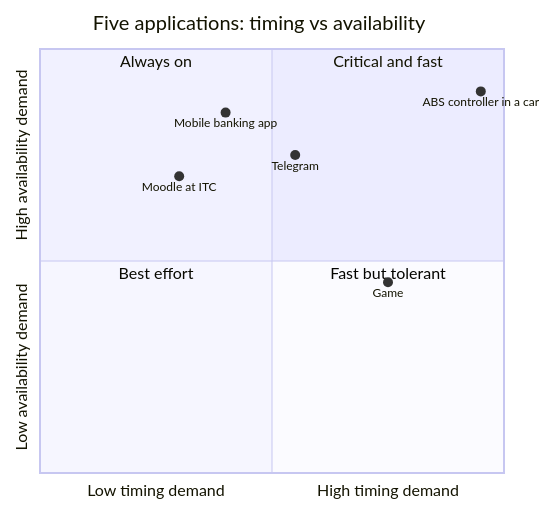
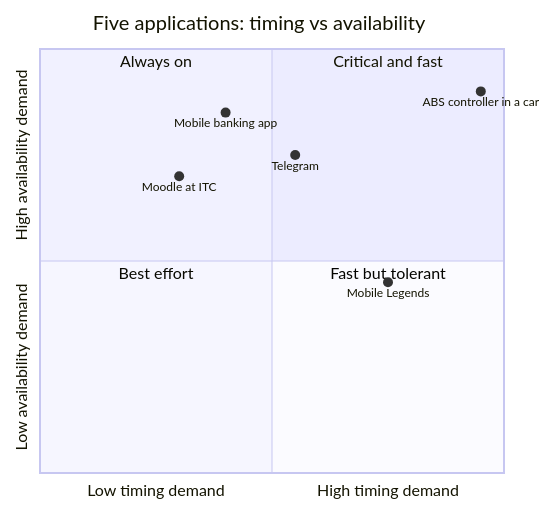
Before and after one commit to sovanvisal7-svg/Clubhub-CodeHater: the diagram in lab02/app-quadrant.mmd, drawn with Mermaid.

Commit message:
changed game to mobile

```diff
--- a/lab02/app-quadrant.mmd
+++ b/lab02/app-quadrant.mmd
@@ -1,13 +1,13 @@
 quadrantChart
     title Five applications: timing vs availability
     x-axis Low timing demand --> High timing demand
     y-axis Low availability demand --> High availability demand
     quadrant-1 Critical and fast
     quadrant-2 Always on
     quadrant-3 Best effort
     quadrant-4 Fast but tolerant
     Telegram: [0.55, 0.75]
     ABS controller in a car: [0.95, 0.90]
     Mobile banking app: [0.40, 0.85]
     Moodle at ITC: [0.30, 0.70]
-    Game: [0.75, 0.45]
+    Mobile Legends: [0.75, 0.45]
```
